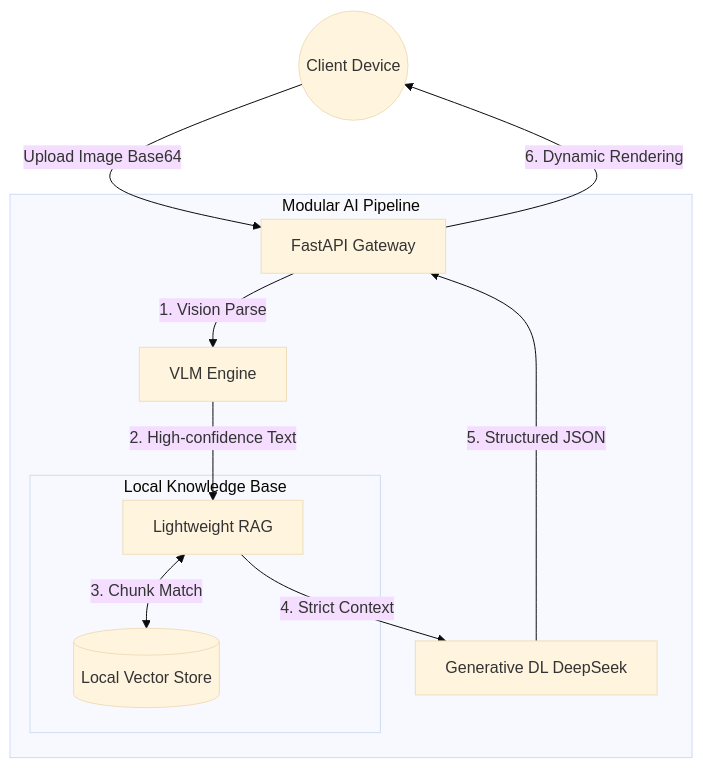
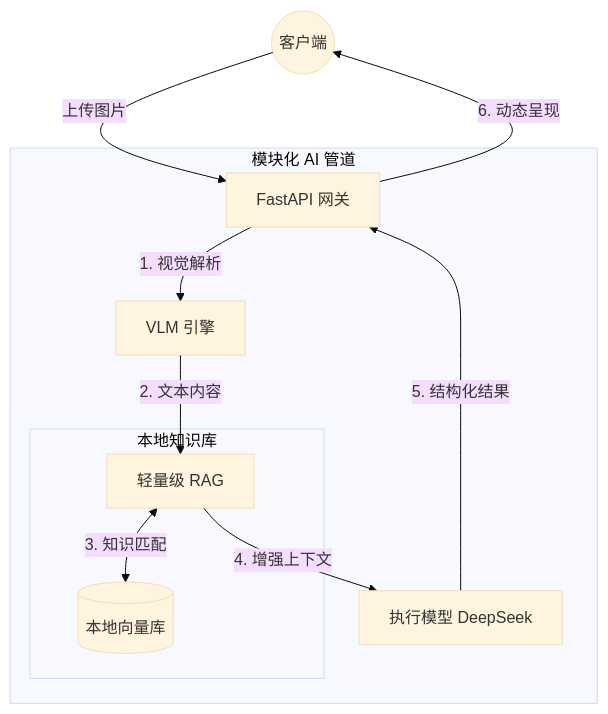
Before and after one commit to KardeniaPoyu/MiniRAGuard: the diagram in README_zh.md, drawn with Mermaid (base theme). The commit also changed other lines of this file, not shown here.

````diff
--- a/README_zh.md
+++ b/README_zh.md
@@ -67,18 +70,18 @@
 ```mermaid
 graph TD
-    User((Client Device)) -->|Upload Image Base64| API_Gateway[FastAPI Gateway]
+    User((客户端)) -->|上传图片| API_Gateway[FastAPI 网关]
     
-    subgraph Modular AI Pipeline
-        API_Gateway -->|1. Vision Parse| VL[VLM Engine]
-        VL -->|2. High-confidence Text| RAG_Engine[Lightweight RAG]
+    subgraph 模块化 AI 管道
+        API_Gateway -->|1. 视觉解析| VL[VLM 引擎]
+        VL -->|2. 文本内容| RAG_Engine[轻量级 RAG]
         
-        subgraph Local Knowledge Base
-            RAG_Engine <-->|3. Chunk Match| VectorDB[(Local Vector Store)]
+        subgraph 本地知识库
+            RAG_Engine <-->|3. 知识匹配| VectorDB[(本地向量库)]
         end
         
-        RAG_Engine -->|4. Strict Context| LLM[Generative DL DeepSeek]
+        RAG_Engine -->|4. 增强上下文| LLM[执行模型 DeepSeek]
     end
     
-    LLM -->|5. Structured JSON| API_Gateway
-    API_Gateway -->|6. Dynamic Rendering| User
+    LLM -->|5. 结构化结果| API_Gateway
+    API_Gateway -->|6. 动态呈现| User
 ```
````
